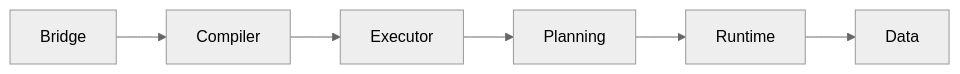
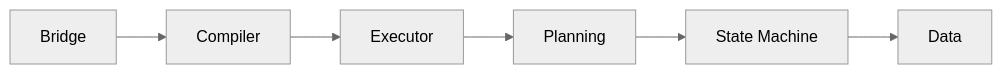
Before and after one commit to jabbadablack/G.O.A.T: the third of 5 diagrams in Docs/01 - Architecture/Layered Overview.md, drawn with Mermaid (neutral theme). The commit also changed other lines of this file and 82 other files, not shown here.

````diff
--- a/Docs/01 - Architecture/Layered Overview.md
+++ b/Docs/01 - Architecture/Layered Overview.md
@@ -128,8 +129,8 @@
 ```mermaid
 graph LR
     Bridge[Bridge] --> Compiler[Compiler]
     Compiler --> Executor[Executor]
     Executor --> Planning[Planning]
-    Planning --> Runtime[Runtime]
-    Runtime --> Data[Data]
+    Planning --> StateMachine[State Machine]
+    StateMachine --> Data[Data]
 ```
````
